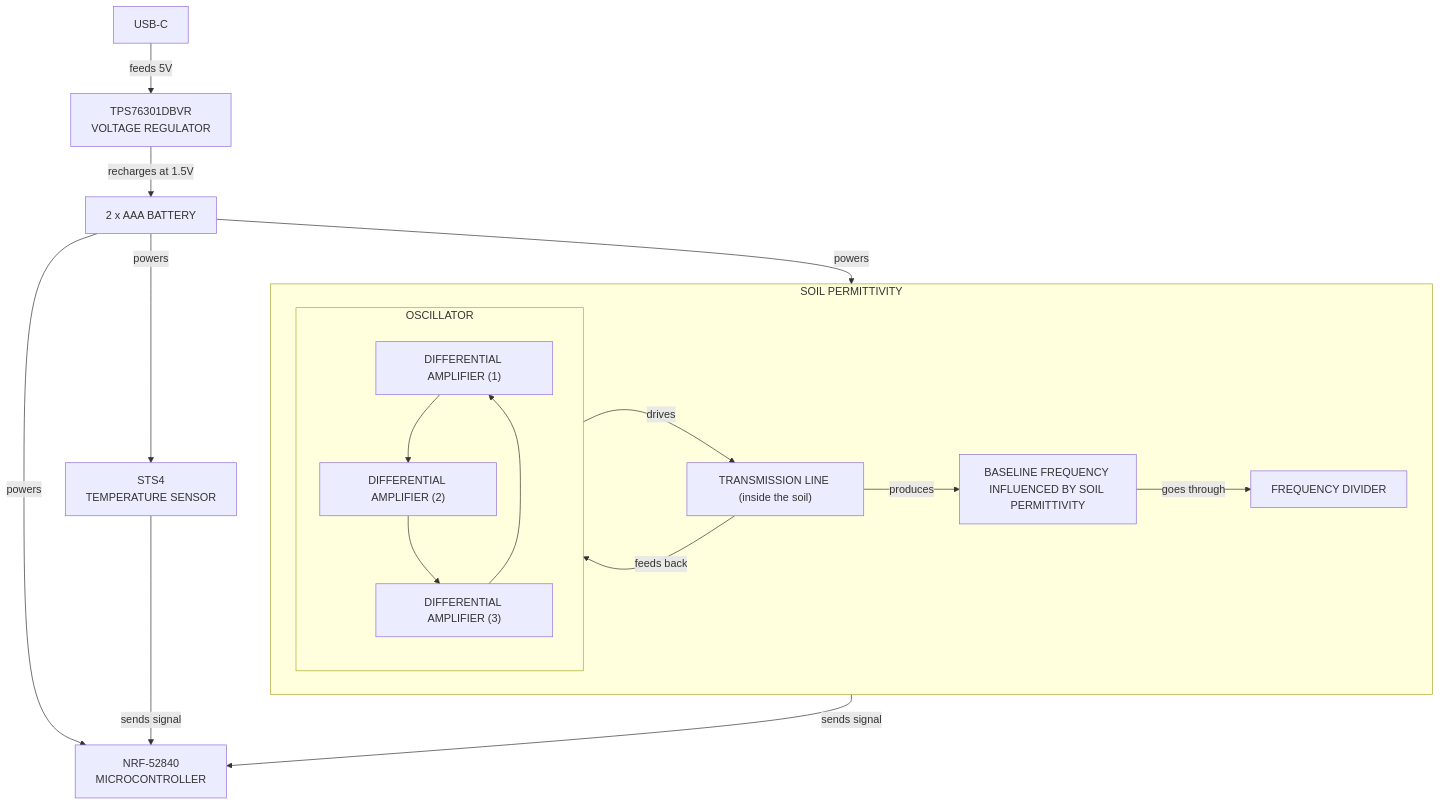
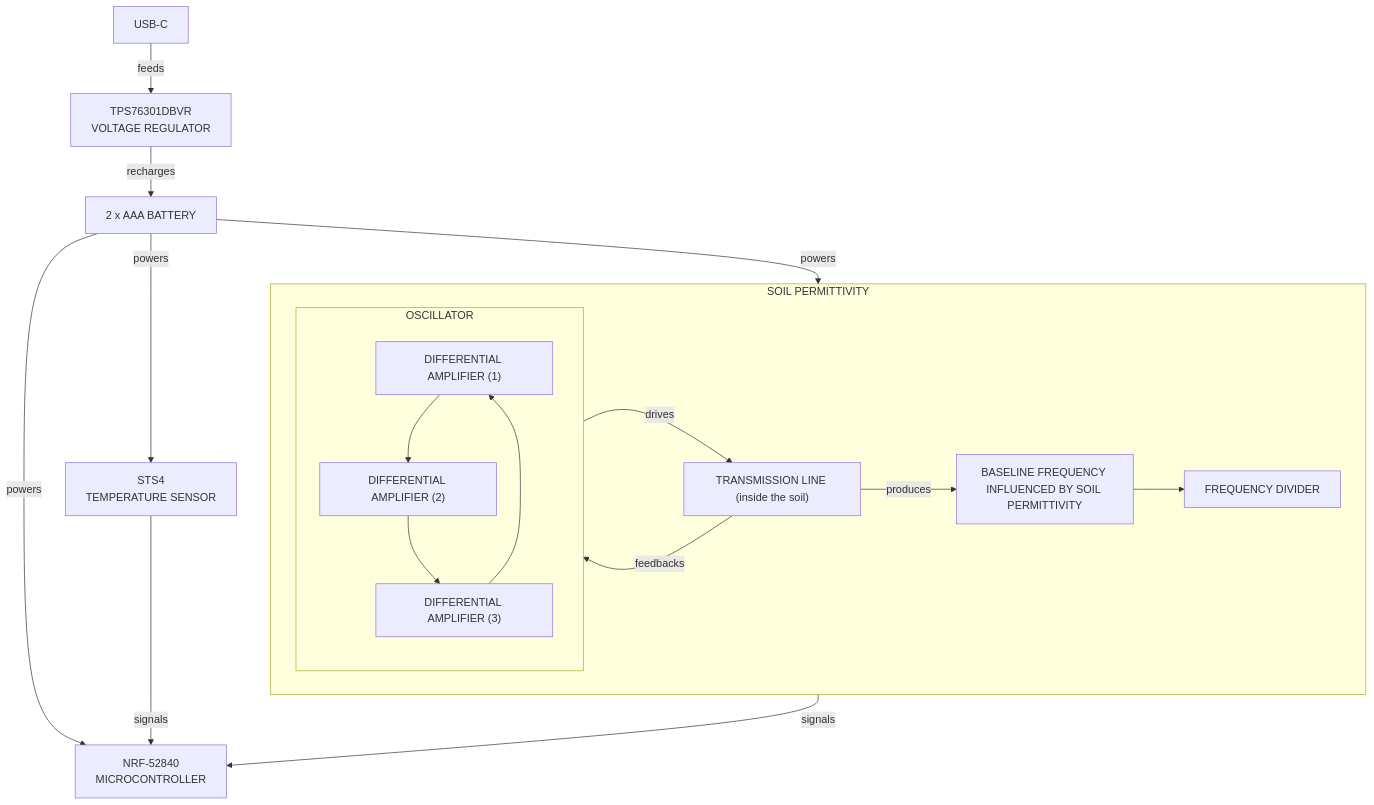
One commit to dpaletti/orti changed the diagram in org/humidity_sensor.org. Above: the diagram before and after it, drawn with Mermaid. The commit also changed other lines of this file and 3 other files, not shown here.

Commit message:
fix: block diagram from png to svg

```diff
--- a/org/humidity_sensor.org
+++ b/org/humidity_sensor.org
@@ -207,36 +207,36 @@
-#+begin_src mermaid :file block_diagram.png :mermaid-config-file "./resources/mermaid_config.json"
+#+begin_src mermaid :file block_diagram.svg :mermaid-config-file "./resources/mermaid_config.json"
 graph TD
 BATTERY["2 x AAA BATTERY"]
 USB-C
 VOLTAGE-REGULATOR["TPS76301DBVR <br> VOLTAGE REGULATOR"]
 MICROCONTROLLER["NRF-52840 <br> MICROCONTROLLER"]
 TEMPERATURE["STS4 <br> TEMPERATURE SENSOR"]
 
 subgraph OSCILLATOR
          STAGE_1["DIFFERENTIAL AMPLIFIER (1)"]
          STAGE_2["DIFFERENTIAL AMPLIFIER (2)"]
          STAGE_3["DIFFERENTIAL AMPLIFIER (3)"]
 
          STAGE_1 --> STAGE_2
          STAGE_2 --> STAGE_3
          STAGE_3 --> STAGE_1
 end
 
 subgraph HUMIDITY["SOIL PERMITTIVITY"]
          LINE["TRANSMISSION LINE (inside the soil)"]
          MEASURED_FREQUENCY["BASELINE FREQUENCY INFLUENCED BY SOIL PERMITTIVITY"]
          OSCILLATOR --> |drives| LINE
          LINE --> |produces| MEASURED_FREQUENCY
-         LINE --> |feeds back| OSCILLATOR
-         MEASURED_FREQUENCY --> |goes through| DIVIDER["FREQUENCY DIVIDER"]
+         LINE --> |feedbacks| OSCILLATOR
+         MEASURED_FREQUENCY --> DIVIDER["FREQUENCY DIVIDER"]
 end
 
-USB-C --> |feeds 5V| VOLTAGE-REGULATOR
-VOLTAGE-REGULATOR --> |recharges at 1.5V| BATTERY
+USB-C --> |feeds| VOLTAGE-REGULATOR
+VOLTAGE-REGULATOR --> |recharges| BATTERY
 BATTERY -->|powers| MICROCONTROLLER
 BATTERY -->|powers| HUMIDITY
 BATTERY -->|powers| TEMPERATURE
 
-TEMPERATURE -->|sends signal| MICROCONTROLLER
-HUMIDITY -->|sends signal| MICROCONTROLLER
+TEMPERATURE -->|signals| MICROCONTROLLER
+HUMIDITY -->|signals| MICROCONTROLLER
 #+end_src
```
